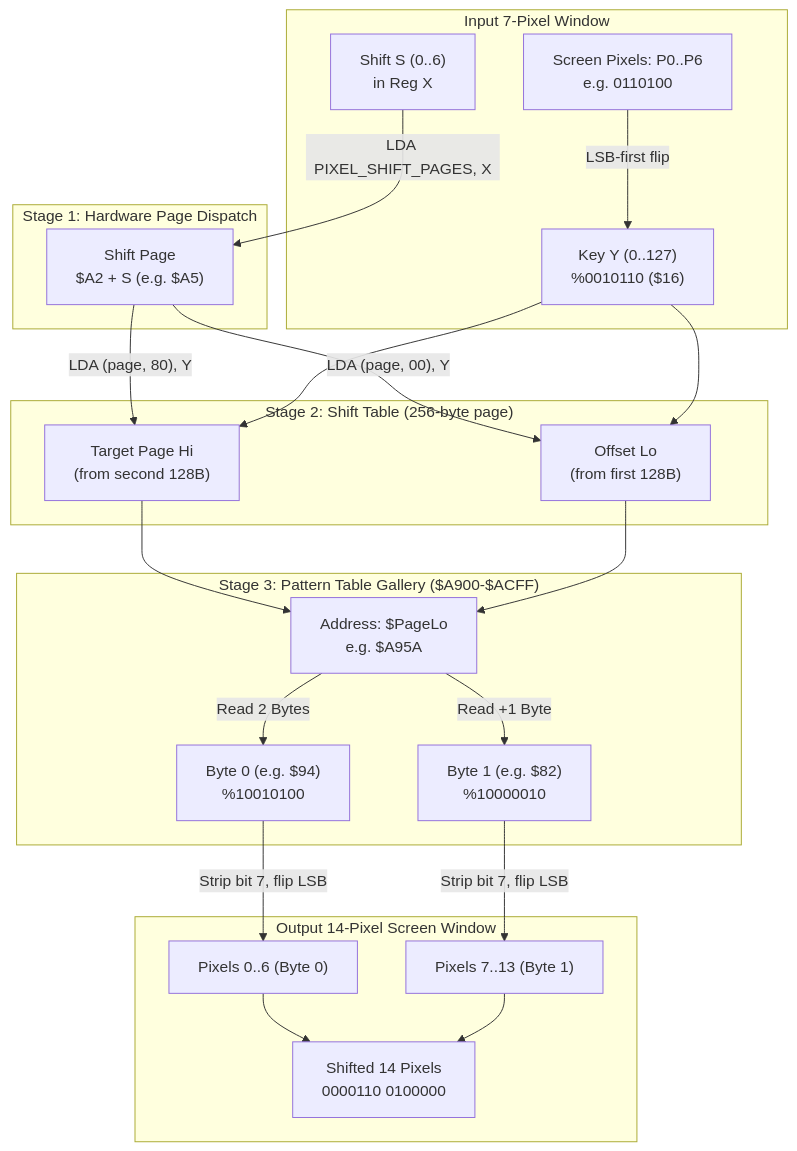
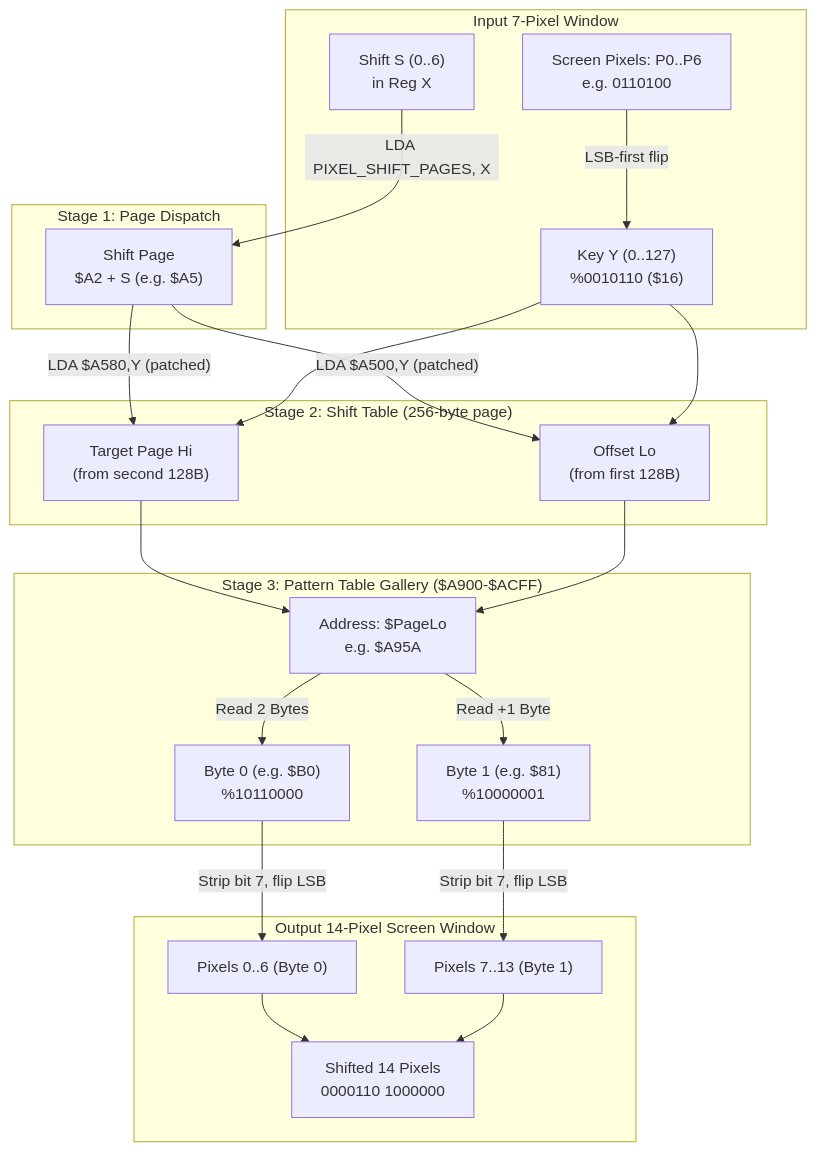
Before and after one commit to fschuhi/a2-hires-lab: the second of 3 diagrams in README.md, drawn with Mermaid. The commit also changed other lines of this file, not shown here.

````diff
--- a/README.md
+++ b/README.md
@@ -208,32 +228,32 @@
 ```mermaid
 flowchart TD
     subgraph Inputs ["Input 7-Pixel Window"]
         PX["Screen Pixels: P0..P6<br/>e.g. 0110100"] -->|"LSB-first flip"| Y["Key Y (0..127)<br/>%0010110 ($16)"]
         S["Shift S (0..6)<br/>in Reg X"]
     end
 
-    subgraph Stage1 ["Stage 1: Hardware Page Dispatch"]
+    subgraph Stage1 ["Stage 1: Page Dispatch"]
         S -->|"LDA PIXEL_SHIFT_PAGES, X"| SP["Shift Page<br/>$A2 + S (e.g. $A5)"]
     end
 
     subgraph Stage2 ["Stage 2: Shift Table (256-byte page)"]
-        SP -->|"LDA (page, 00), Y"| LO["Offset Lo<br/>(from first 128B)"]
+        SP -->|"LDA $A500,Y (patched)"| LO["Offset Lo<br/>(from first 128B)"]
         Y --> LO
-        SP -->|"LDA (page, 80), Y"| HI["Target Page Hi<br/>(from second 128B)"]
+        SP -->|"LDA $A580,Y (patched)"| HI["Target Page Hi<br/>(from second 128B)"]
         Y --> HI
     end
 
     subgraph Stage3 ["Stage 3: Pattern Table Gallery ($A900-$ACFF)"]
         HI --> ADDR["Address: $PageLo<br/>e.g. $A95A"]
         LO --> ADDR
-        ADDR -->|"Read 2 Bytes"| B0["Byte 0 (e.g. $94)<br/>%10010100"]
-        ADDR -->|"Read +1 Byte"| B1["Byte 1 (e.g. $82)<br/>%10000010"]
+        ADDR -->|"Read 2 Bytes"| B0["Byte 0 (e.g. $B0)<br/>%10110000"]
+        ADDR -->|"Read +1 Byte"| B1["Byte 1 (e.g. $81)<br/>%10000001"]
     end
 
     subgraph Outputs ["Output 14-Pixel Screen Window"]
         B0 -->|"Strip bit 7, flip LSB"| OUT0["Pixels 0..6 (Byte 0)"]
         B1 -->|"Strip bit 7, flip LSB"| OUT1["Pixels 7..13 (Byte 1)"]
-        OUT0 --> SCREEN["Shifted 14 Pixels<br/>0000110 0100000"]
+        OUT0 --> SCREEN["Shifted 14 Pixels<br/>0000110 1000000"]
         OUT1 --> SCREEN
     end
 ```
````
